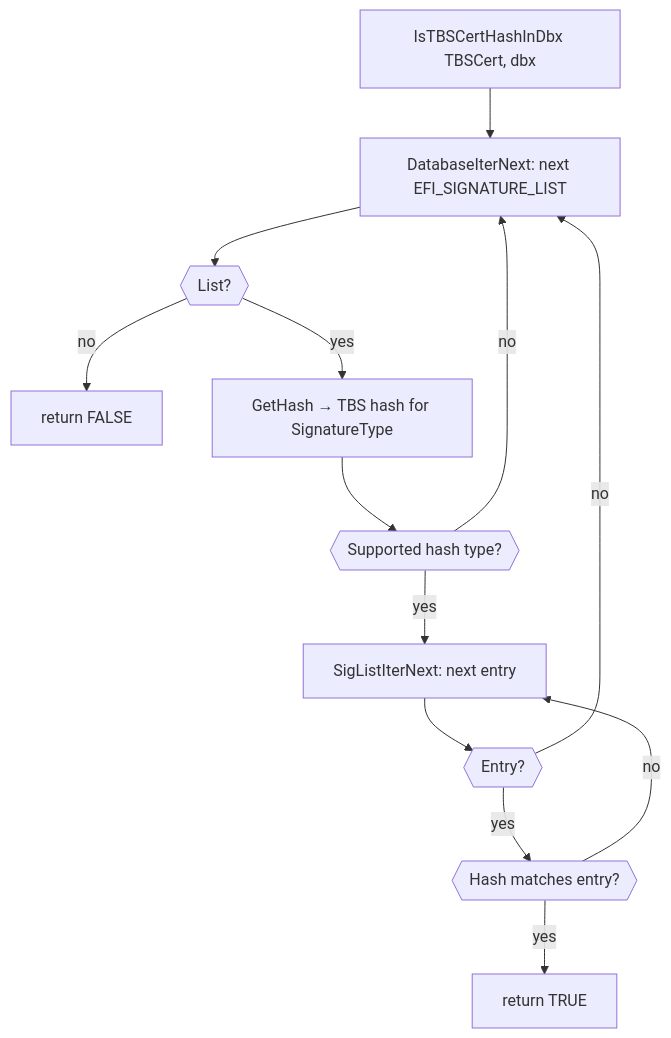
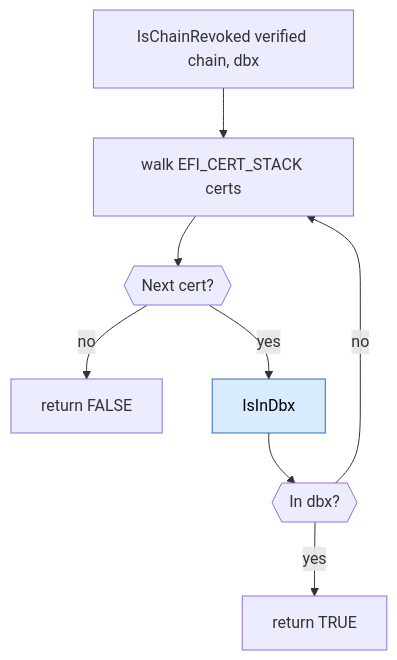
One commit to Javagedes/mu_basecore changed the fifth of 5 diagrams in SecurityPkg/Library/DxeImageVerificationLib2/README.md. Above: the diagram before and after it, drawn with Mermaid. The commit also changed other lines of this file and 12 other files, not shown here.

````diff
--- a/SecurityPkg/Library/DxeImageVerificationLib2/README.md
+++ b/SecurityPkg/Library/DxeImageVerificationLib2/README.md
@@ -378,15 +263,13 @@
 ```mermaid
 flowchart TD
-    A[IsTBSCertHashInDbx TBSCert, dbx] --> E[DatabaseIterNext: next EFI_SIGNATURE_LIST]
-    E --> E1{{List?}}
-    E1 -- no  --> RF[return FALSE]
-    E1 -- yes --> GH[GetHash → TBS hash for SignatureType]
-    GH --> GHU{{Supported hash type?}}
-    GHU -- no --> E
-    GHU -- yes --> G[SigListIterNext: next entry]
-    G --> G1{{Entry?}}
-    G1 -- no  --> E
-    G1 -- yes --> CM{{Hash matches entry?}}
-    CM -- no  --> G
-    CM -- yes --> RT[return TRUE]
+  A[IsChainRevoked verified chain, dbx] --> W[walk EFI_CERT_STACK certs]
+    W --> W1{{Next cert?}}
+    W1 -- no --> RF[return FALSE]
+    W1 -- yes --> ID[IsInDbx]
+    ID --> ID1{{In dbx?}}
+    ID1 -- yes --> RT[return TRUE]
+    ID1 -- no --> W
+
+    classDef drill fill:#d9ecff,stroke:#2f6fb2,color:#000;
+    class ID drill;
 ```
````
